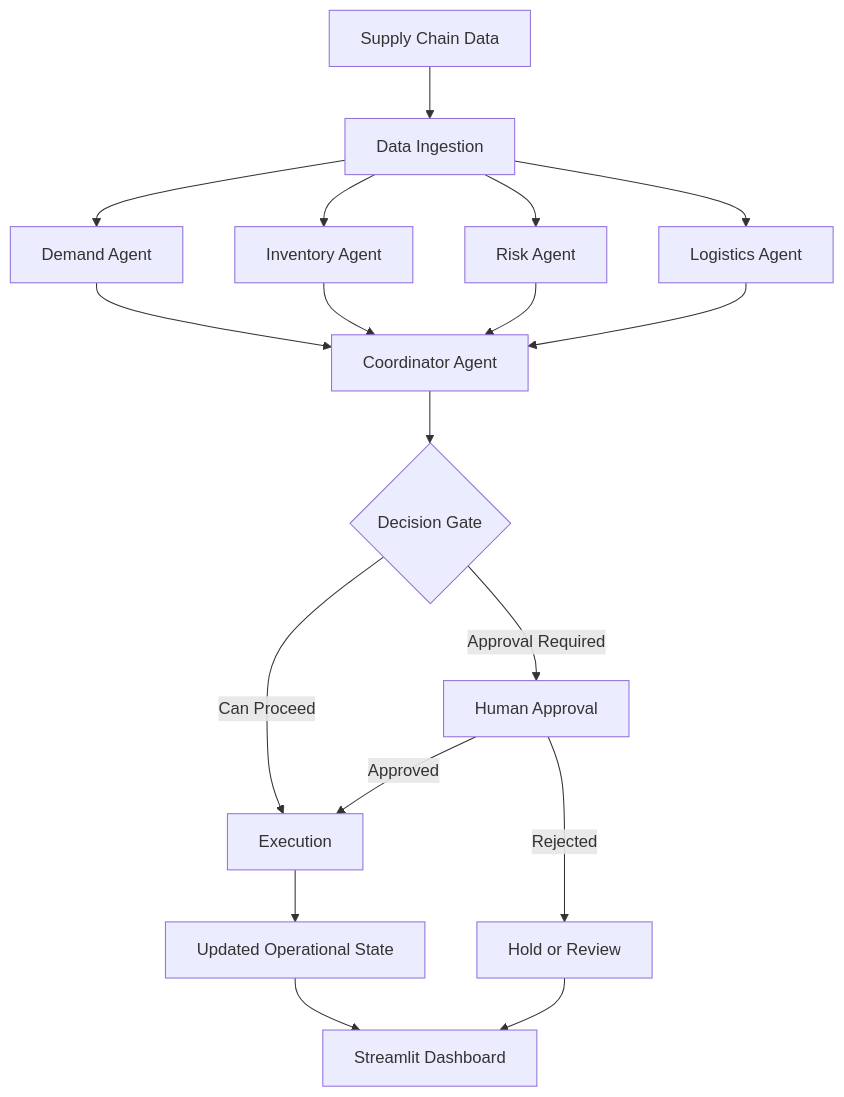
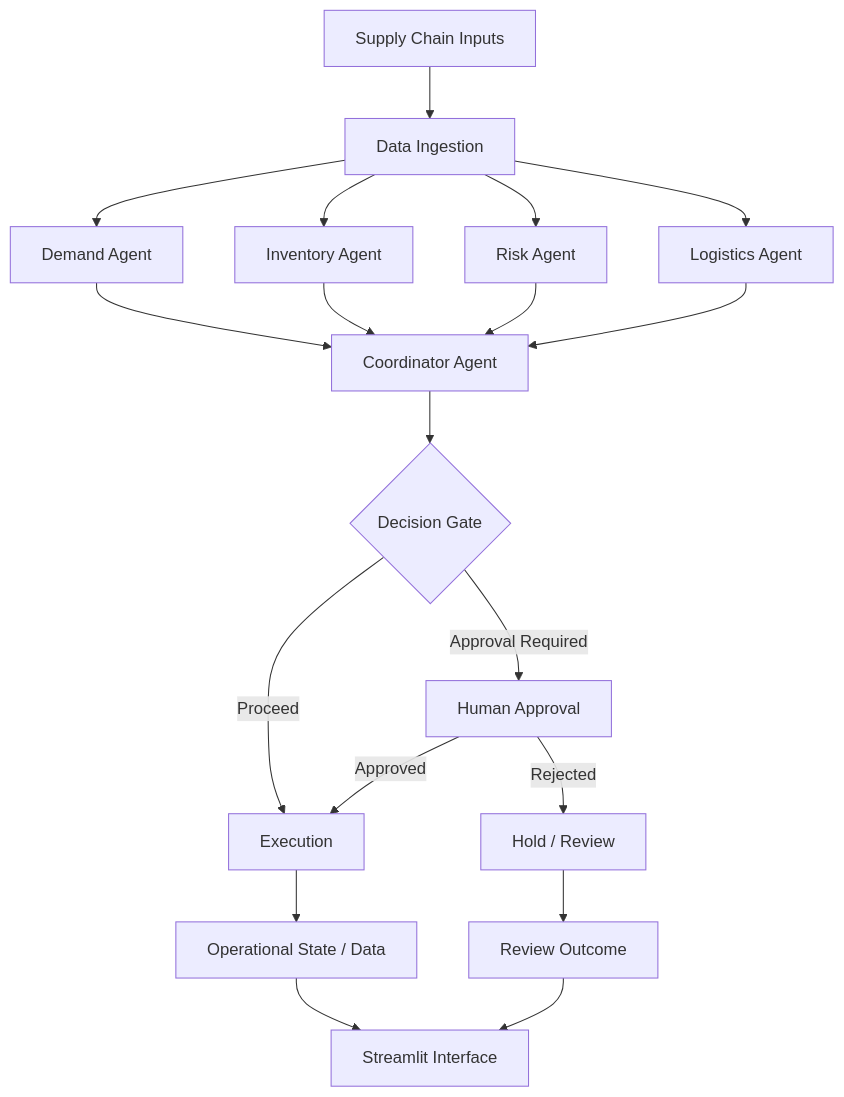
One commit to jeeninub/ChainMind-AI changed the diagram in README.md. Above: the diagram before and after it, drawn with Mermaid. The commit also changed other lines of this file, not shown here.

````diff
--- a/README.md
+++ b/README.md
@@ -50,20 +153,27 @@
 ```mermaid
 flowchart TD
-    A[Supply Chain Data] --> B[Data Ingestion]
-    B --> C[Demand Agent]
-    B --> D[Inventory Agent]
-    B --> E[Risk Agent]
-    B --> F[Logistics Agent]
-    C --> G[Coordinator Agent]
+    A["Supply Chain Inputs"] --> B["Data Ingestion"]
+    B --> C["Demand Agent"]
+    B --> D["Inventory Agent"]
+    B --> E["Risk Agent"]
+    B --> F["Logistics Agent"]
+
+    C --> G["Coordinator Agent"]
     D --> G
     E --> G
     F --> G
-    G --> H{Decision Gate}
-    H -->|Approval Required| I[Human Approval]
-    H -->|Can Proceed| J[Execution]
+
+    G --> H{"Decision Gate"}
+
+    H -->|Approval Required| I["Human Approval"]
+    H -->|Proceed| J["Execution"]
+
     I -->|Approved| J
-    I -->|Rejected| K[Hold or Review]
-    J --> L[Updated Operational State]
-    L --> M[Streamlit Dashboard]
-    K --> M
+    I -->|Rejected| K["Hold / Review"]
+
+    J --> L["Operational State / Data"]
+    K --> M["Review Outcome"]
+
+    L --> N["Streamlit Interface"]
+    M --> N
 ```
````
